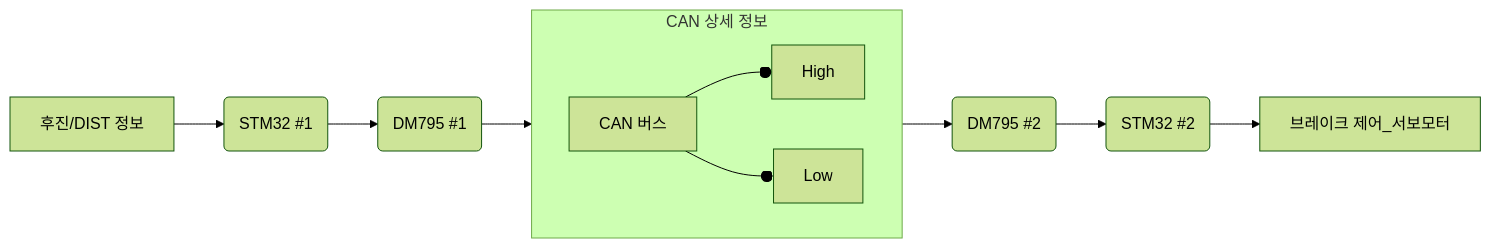
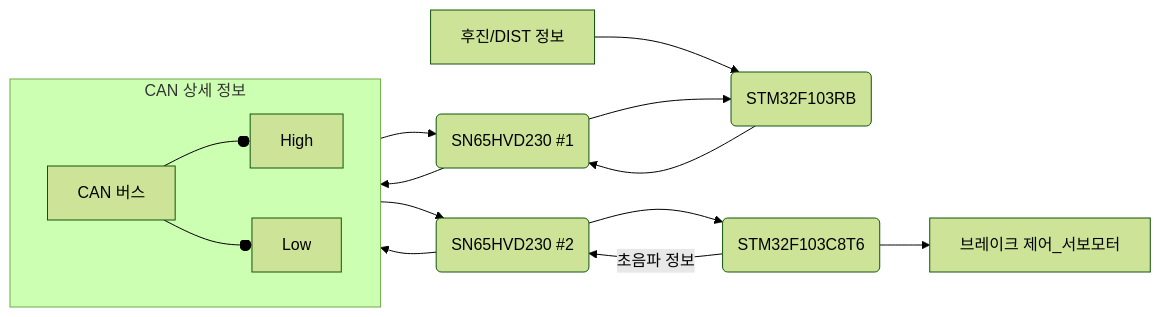
One commit to jgh05168/HukBrake changed the second of 2 diagrams in README.md. Above: the diagram before and after it, drawn with Mermaid (forest theme). The commit also changed other lines of this file and 5 other files, not shown here.

````diff
--- a/README.md
+++ b/README.md
@@ -77,16 +124,24 @@
 ```mermaid
 graph LR
-    A[후진/DIST 정보] --> B(STM32 #1);
-    B --> C(DM795 #1);
-    C --> D[CAN 버스];
+    A[후진/DIST 정보] --> B(STM32F103RB)
+    B --> C(SN65HVD230 #1)
+    C --> D[CAN 버스]
+    
     subgraph CAN 상세 정보
         direction LR
         D1[High]
         D2[Low]
         D --o D1
         D --o D2
     end
-    D --> E(DM795 #2);
-    E --> F(STM32 #2);
-    F --> G[브레이크 제어_서보모터];
+
+    D --> E(SN65HVD230 #2)
+    E --> F(STM32F103C8T6)
+    F --> G[브레이크 제어_서보모터]
+
+    %% 초음파 정보 STM32F103C8T6 -> STM32F103RB 방향 전송
+    F -->|초음파 정보| E
+    E --> D
+    D --> C
+    C --> B
 ```
````
